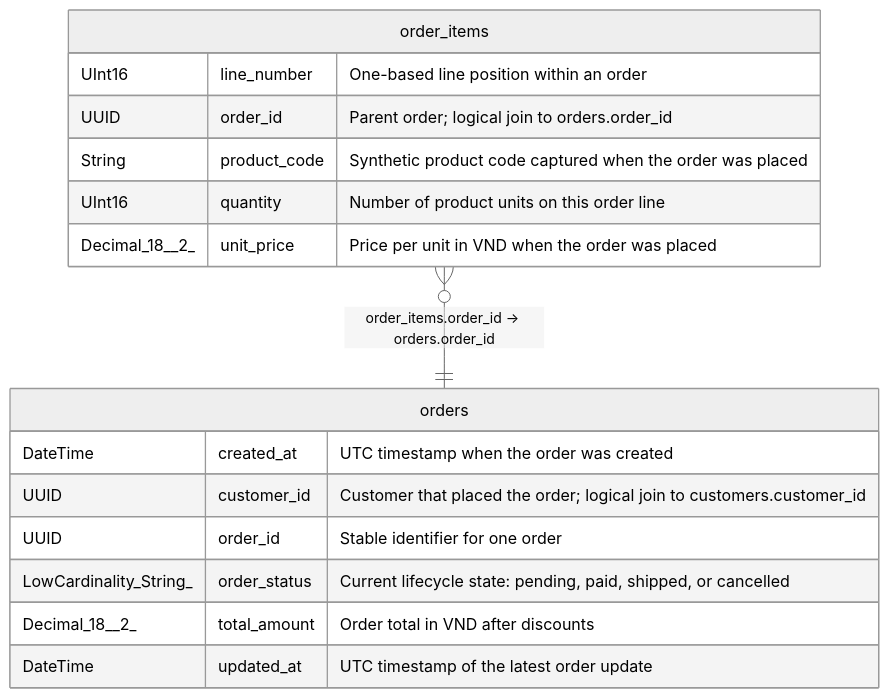
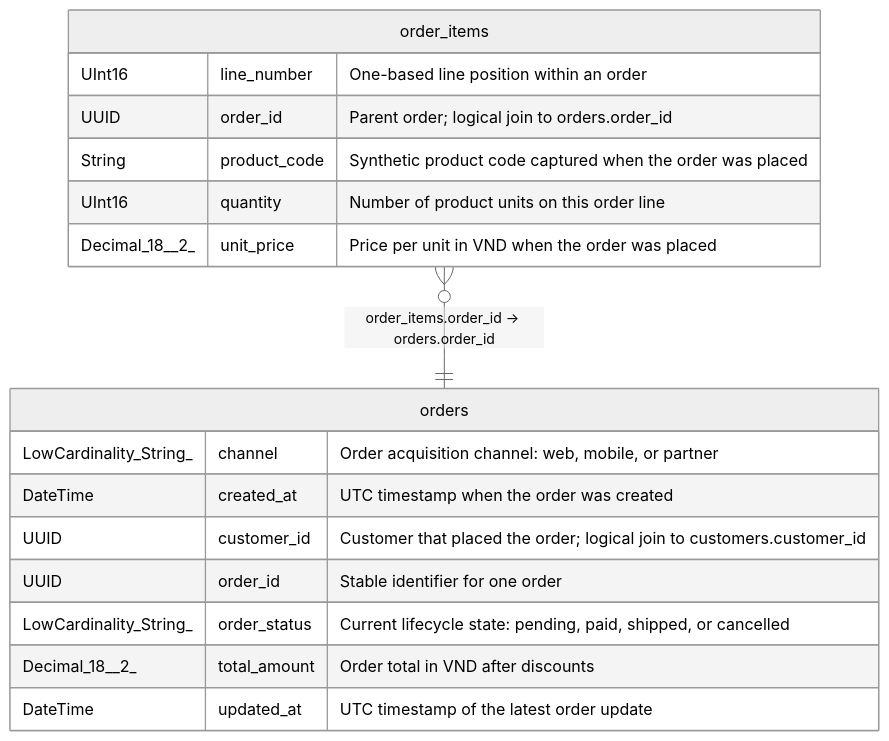
Before and after one commit to ITHealer/metadata-repository: the diagram in catalog/commerce_demo/generated/raw/order_items.md, drawn with Mermaid (neutral theme). The commit also changed 5 other files, not shown here.

Commit message:
chore(schema): synchronize ClickHouse metadata

````diff
--- a/catalog/commerce_demo/generated/raw/order_items.md
+++ b/catalog/commerce_demo/generated/raw/order_items.md
@@ -35,21 +35,22 @@
 ```mermaid
 erDiagram
 
 "order_items" }o--|| "orders" : "order_items.order_id -> orders.order_id"
 
 "order_items" {
   UInt16 line_number "One-based line position within an order"
   UUID order_id "Parent order; logical join to orders.order_id"
   String product_code "Synthetic product code captured when the order was placed"
   UInt16 quantity "Number of product units on this order line"
   Decimal_18__2_ unit_price "Price per unit in VND when the order was placed"
 }
 "orders" {
+  LowCardinality_String_ channel "Order acquisition channel: web, mobile, or partner"
   DateTime created_at "UTC timestamp when the order was created"
   UUID customer_id "Customer that placed the order; logical join to customers.customer_id"
   UUID order_id "Stable identifier for one order"
   LowCardinality_String_ order_status "Current lifecycle state: pending, paid, shipped, or cancelled"
   Decimal_18__2_ total_amount "Order total in VND after discounts"
   DateTime updated_at "UTC timestamp of the latest order update"
 }
 ```
````
